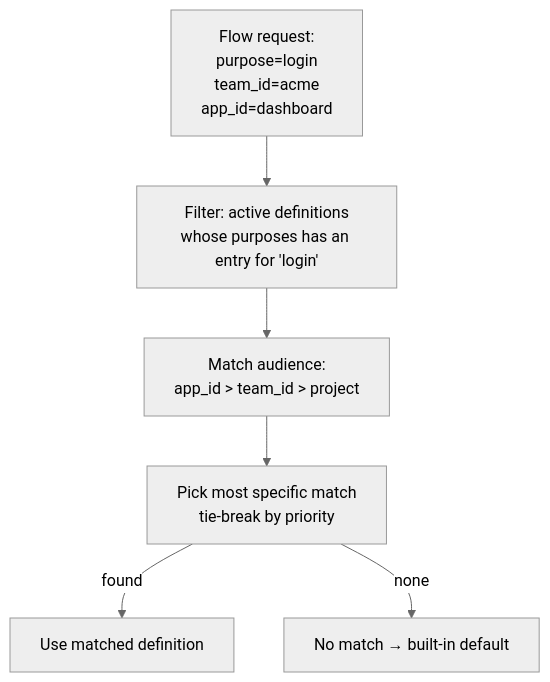
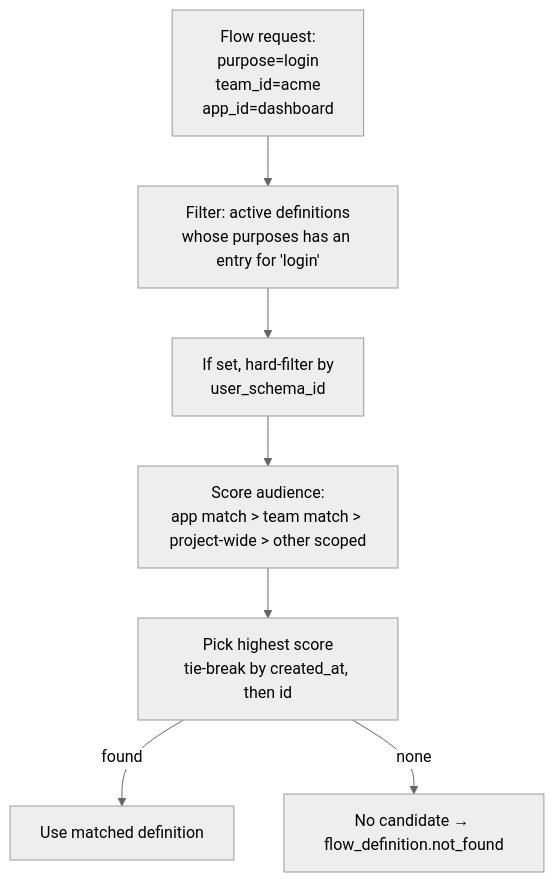
One commit to zitadel/nextgen changed the fifth of 8 diagrams in docs/design/flowengine/flow-engine-guide.md. Above: the diagram before and after it, drawn with Mermaid (neutral theme). The commit also changed other lines of this file and 6 other files, not shown here.

Commit message:
docs: align flow examples with runtime validation

````diff
--- a/docs/design/flowengine/flow-engine-guide.md
+++ b/docs/design/flowengine/flow-engine-guide.md
@@ -421,12 +406,13 @@
 ```mermaid
 flowchart TD
     req["Flow request:<br>purpose=login<br>team_id=acme<br>app_id=dashboard"]
     filter["Filter: active definitions<br>whose purposes has an entry for 'login'"]
-    match["Match audience:<br>app_id > team_id > project"]
-    pick["Pick most specific match<br>tie-break by priority"]
-    fallback["No match → built-in default"]
+    schema["If set, hard-filter by<br>user_schema_id"]
+    match["Score audience:<br>app match > team match > project-wide > other scoped"]
+    pick["Pick highest score<br>tie-break by created_at, then id"]
+    missing["No candidate → flow_definition.not_found"]
 
-    req --> filter --> match --> pick
+    req --> filter --> schema --> match --> pick
     pick -->|found| use["Use matched definition"]
-    pick -->|none| fallback
+    pick -->|none| missing
 ```
````
